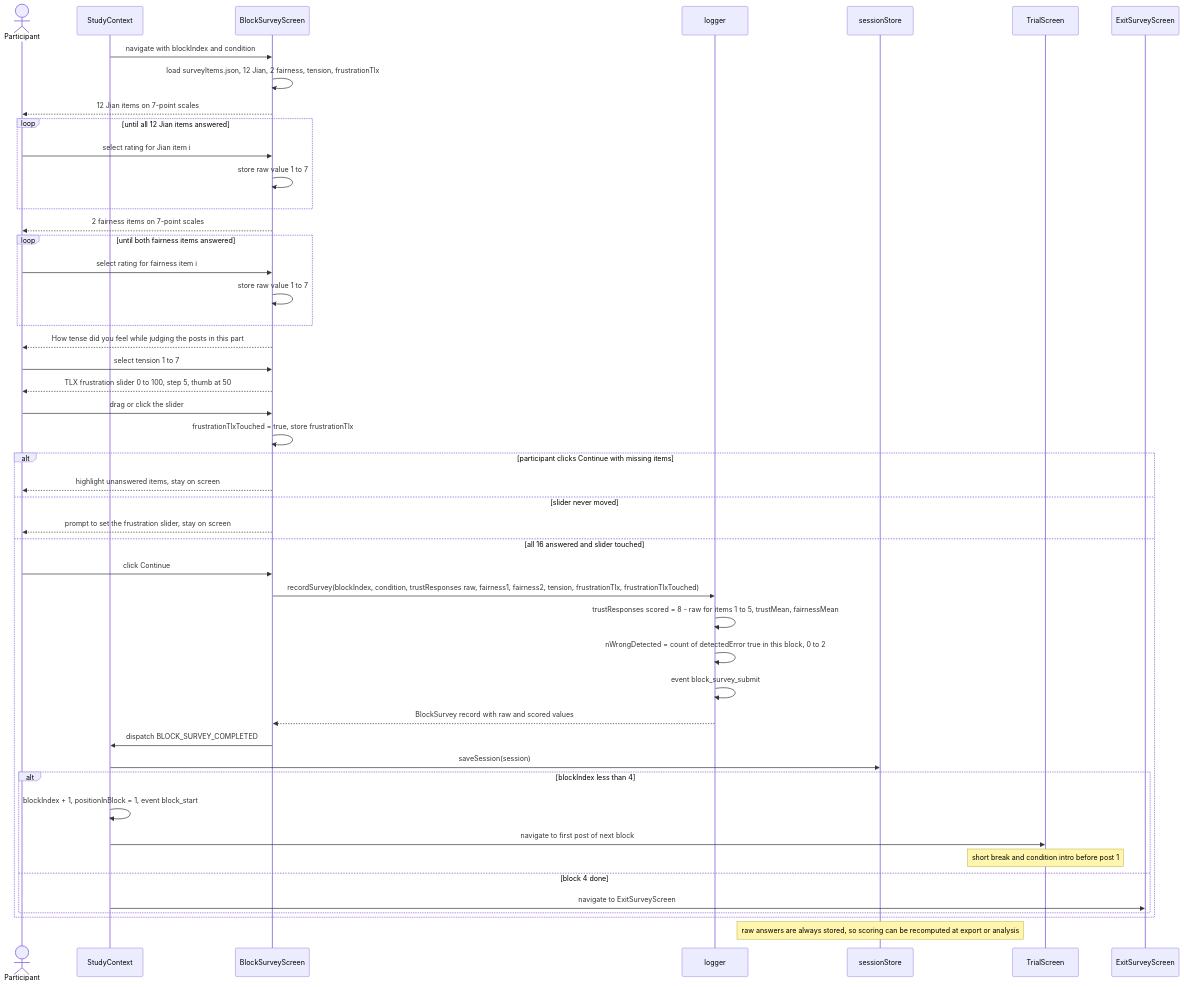
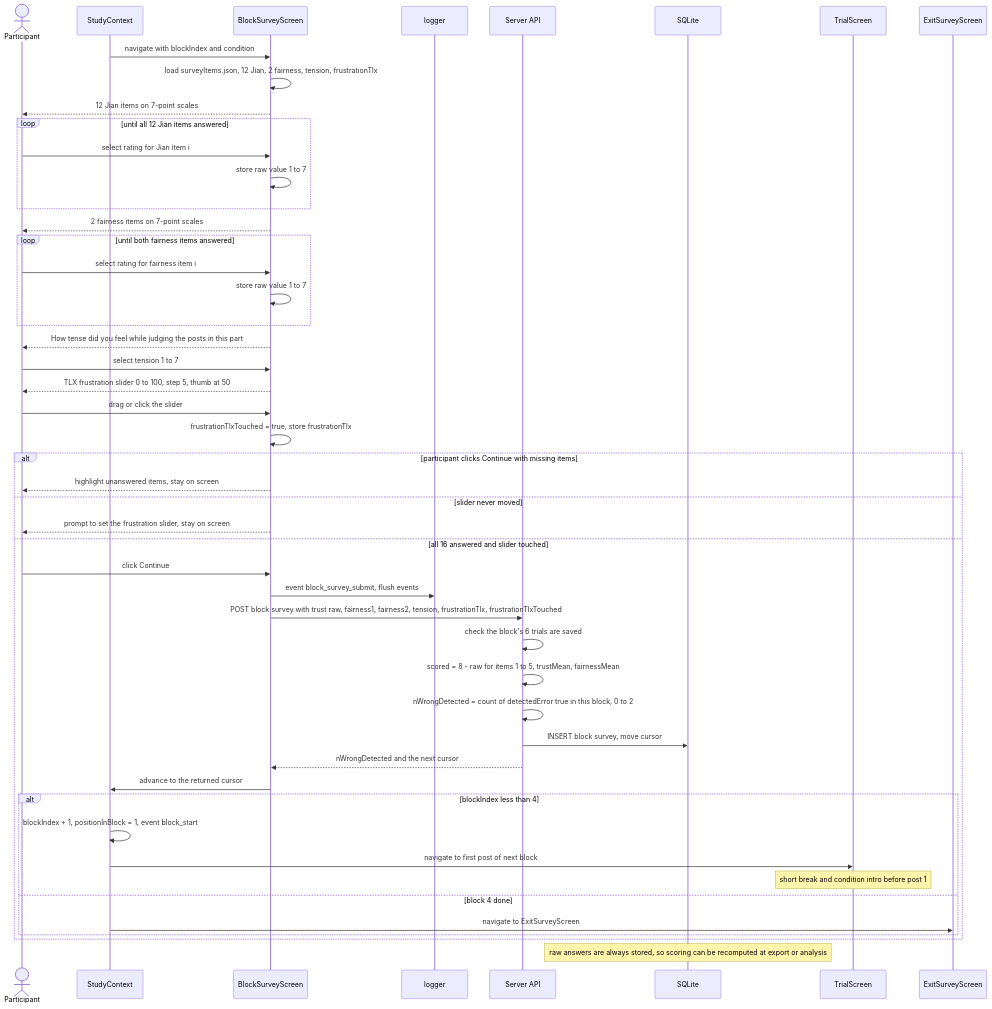
The ninth of 12 diagrams in docs/sequence-diagrams.md (bibekgupta3333/HCI), drawn with Mermaid before and after one commit. The commit also changed other lines of this file and 87 other files, not shown here.

````diff
--- a/docs/sequence-diagrams.md
+++ b/docs/sequence-diagrams.md
@@ -425,50 +467,52 @@
 ```mermaid
 sequenceDiagram
     actor P as Participant
     participant SC as StudyContext
     participant Survey as BlockSurveyScreen
     participant Log as logger
-    participant SS as sessionStore
+    participant API as Server API
+    participant DB as SQLite
     participant Trial as TrialScreen
     participant Exit as ExitSurveyScreen
 
     SC->>Survey: navigate with blockIndex and condition
     Survey->>Survey: load surveyItems.json, 12 Jian, 2 fairness, tension, frustrationTlx
     Survey-->>P: 12 Jian items on 7-point scales
     loop until all 12 Jian items answered
         P->>Survey: select rating for Jian item i
         Survey->>Survey: store raw value 1 to 7
     end
     Survey-->>P: 2 fairness items on 7-point scales
     loop until both fairness items answered
         P->>Survey: select rating for fairness item i
         Survey->>Survey: store raw value 1 to 7
     end
     Survey-->>P: How tense did you feel while judging the posts in this part
     P->>Survey: select tension 1 to 7
     Survey-->>P: TLX frustration slider 0 to 100, step 5, thumb at 50
     P->>Survey: drag or click the slider
     Survey->>Survey: frustrationTlxTouched = true, store frustrationTlx
     alt participant clicks Continue with missing items
         Survey-->>P: highlight unanswered items, stay on screen
     else slider never moved
         Survey-->>P: prompt to set the frustration slider, stay on screen
     else all 16 answered and slider touched
         P->>Survey: click Continue
-        Survey->>Log: recordSurvey(blockIndex, condition, trustResponses raw, fairness1, fairness2, tension, frustrationTlx, frustrationTlxTouched)
-        Log->>Log: trustResponses scored = 8 - raw for items 1 to 5, trustMean, fairnessMean
-        Log->>Log: nWrongDetected = count of detectedError true in this block, 0 to 2
-        Log->>Log: event block_survey_submit
-        Log-->>Survey: BlockSurvey record with raw and scored values
-        Survey->>SC: dispatch BLOCK_SURVEY_COMPLETED
-        SC->>SS: saveSession(session)
+        Survey->>Log: event block_survey_submit, flush events
+        Survey->>API: POST block survey with trust raw, fairness1, fairness2, tension, frustrationTlx, frustrationTlxTouched
+        API->>API: check the block's 6 trials are saved
+        API->>API: scored = 8 - raw for items 1 to 5, trustMean, fairnessMean
+        API->>API: nWrongDetected = count of detectedError true in this block, 0 to 2
+        API->>DB: INSERT block survey, move cursor
+        API-->>Survey: nWrongDetected and the next cursor
+        Survey->>SC: advance to the returned cursor
         alt blockIndex less than 4
             SC->>SC: blockIndex + 1, positionInBlock = 1, event block_start
             SC->>Trial: navigate to first post of next block
             Note over Trial: short break and condition intro before post 1
         else block 4 done
             SC->>Exit: navigate to ExitSurveyScreen
         end
     end
-    Note over SS: raw answers are always stored, so scoring can be recomputed at export or analysis
+    Note over DB: raw answers are always stored, so scoring can be recomputed at export or analysis
 ```
````
